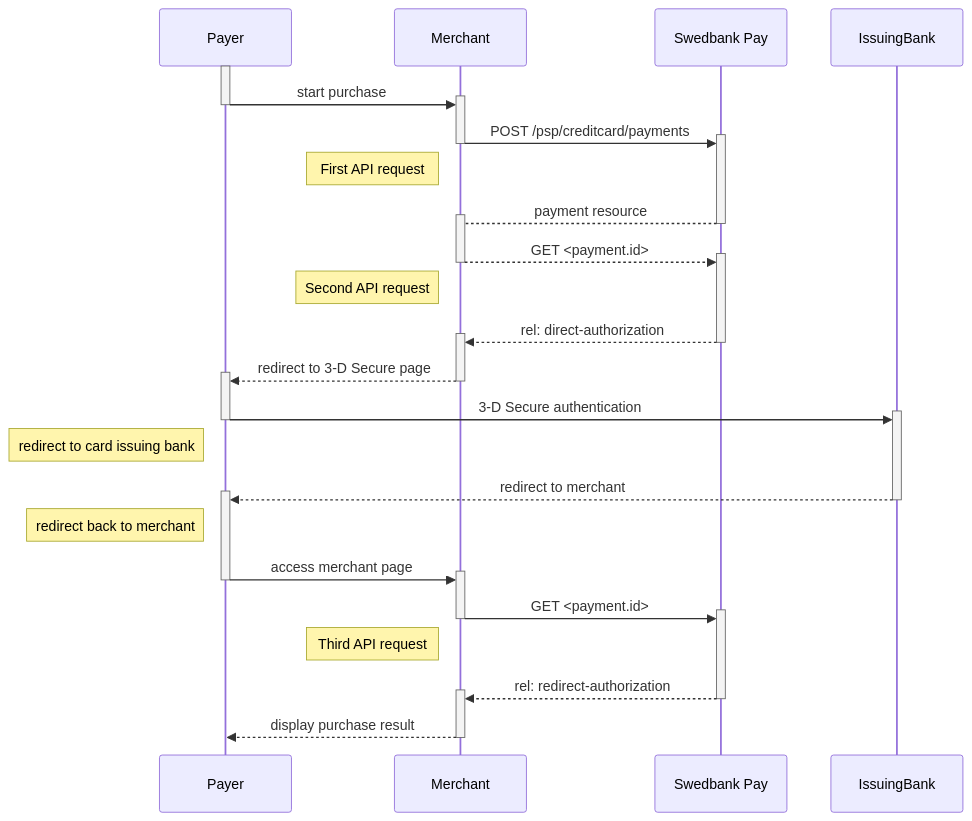
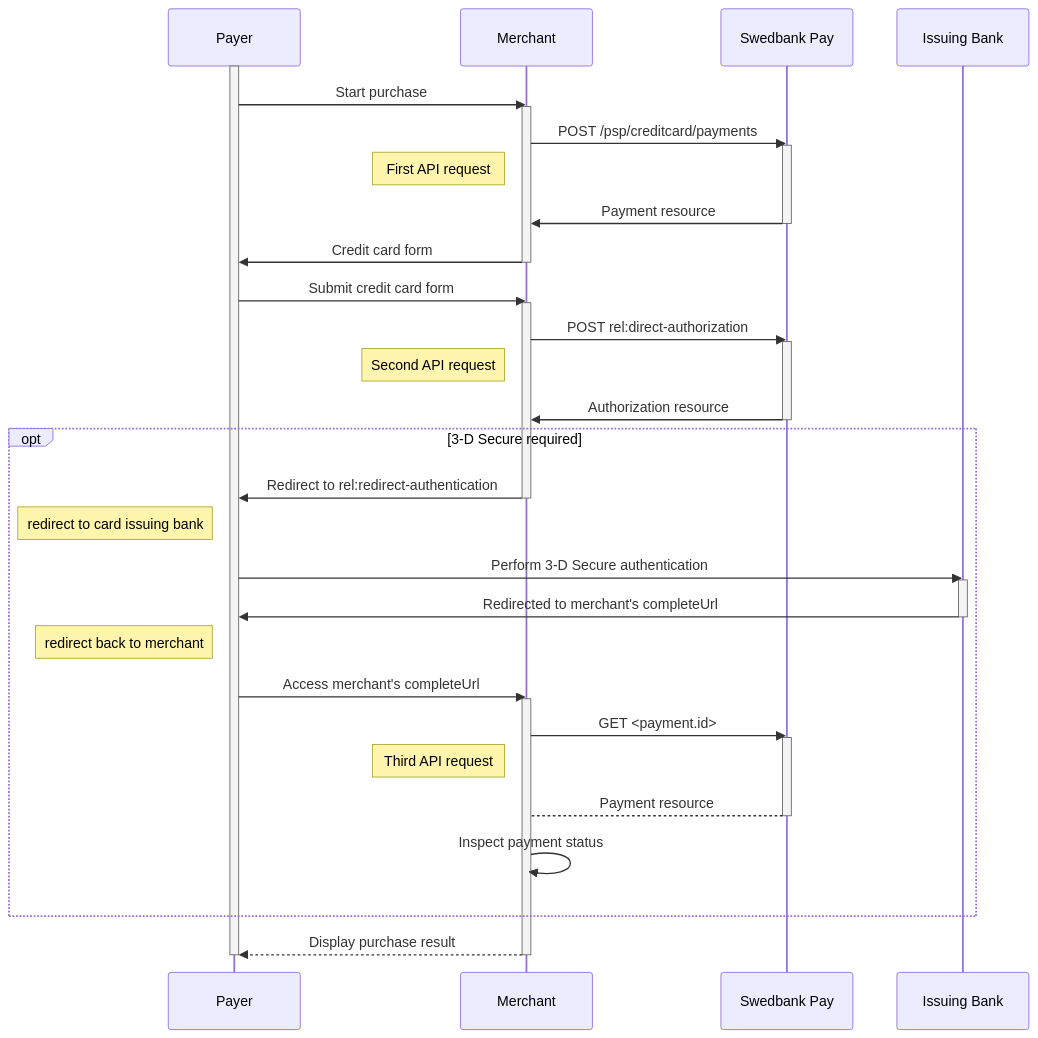
The diagram in payments/card/direct.md (SwedbankPay/developer.swedbankpay.com), drawn with Mermaid before and after one commit.

Commit message:
Adjust the sequence diagram on Card Direct

````diff
--- a/payments/card/direct.md
+++ b/payments/card/direct.md
@@ -346,38 +346,47 @@
 ```mermaid
 sequenceDiagram
-    participant Payer
-    participant Merchant
-    participant SwedbankPay as Swedbank Pay
-    participant IssuingBank
+  participant Payer
+  participant Merchant
+  participant SwedbankPay as Swedbank Pay
+  participant IssuingBank as Issuing Bank
 
   activate Payer
-  Payer->>+Merchant: start purchase
+    Payer->>Merchant: Start purchase
+    activate Merchant
+      Merchant->>SwedbankPay: POST /psp/creditcard/payments
+      activate SwedbankPay
+        note left of Merchant: First API request
+        SwedbankPay->>Merchant: Payment resource
+      deactivate SwedbankPay
+      Merchant->>Payer: Credit card form
+    deactivate Merchant
+
+    Payer->>Merchant: Submit credit card form
+    activate Merchant
+      Merchant->>SwedbankPay: POST rel:direct-authorization
+      activate SwedbankPay
+        note left of Merchant: Second API request
+        SwedbankPay->>Merchant: Authorization resource
+      deactivate SwedbankPay
+      opt 3-D Secure required
+        Merchant->>Payer: Redirect to rel:redirect-authentication
+        deactivate Merchant
+        note left of Payer: redirect to card issuing bank
+        Payer->>IssuingBank: Perform 3-D Secure authentication
+        activate IssuingBank
+          IssuingBank->>Payer: Redirected to merchant's completeUrl
+        deactivate IssuingBank
+        note left of Payer: redirect back to merchant
+        Payer->>Merchant: Access merchant's completeUrl
+        activate Merchant
+        Merchant->>SwedbankPay: GET <payment.id>
+        activate SwedbankPay
+          note left of Merchant: Third API request
+          SwedbankPay-->Merchant: Payment resource
+        deactivate SwedbankPay
+        Merchant->>Merchant: Inspect payment status
+      end
+      Merchant-->>Payer: Display purchase result
+    deactivate Merchant
   deactivate Payer
-  Merchant->>+SwedbankPay: POST /psp/creditcard/payments
-  deactivate Merchant
-  note left of Merchant: First API request
-  SwedbankPay-->+Merchant: payment resource
-  deactivate SwedbankPay
-  Merchant-->>+SwedbankPay: GET <payment.id>
-  deactivate Merchant
-  note left of Merchant: Second API request
-  SwedbankPay-->>+Merchant: rel: direct-authorization
-  deactivate SwedbankPay
-  Merchant-->>+Payer: redirect to 3-D Secure page
-  deactivate Merchant
-  Payer->>+IssuingBank: 3-D Secure authentication
-  deactivate Payer
-  note left of Payer: redirect to card issuing bank
-  IssuingBank-->>+Payer: redirect to merchant
-  deactivate IssuingBank
-  note left of Payer: redirect back to merchant
-  Payer->>+Merchant: access merchant page
-  deactivate Payer
-  Merchant->>+SwedbankPay: GET <payment.id>
-  deactivate Merchant
-  note left of Merchant: Third API request
-  SwedbankPay-->>+Merchant: rel: redirect-authorization
-  deactivate SwedbankPay
-  Merchant-->>Payer: display purchase result
-  deactivate Merchant
 ```
````
